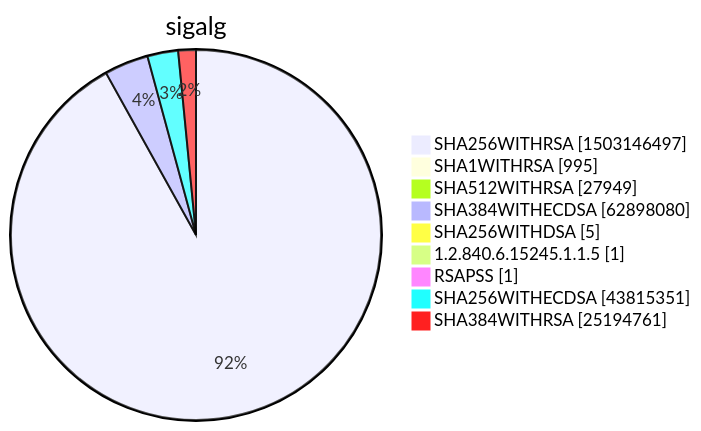
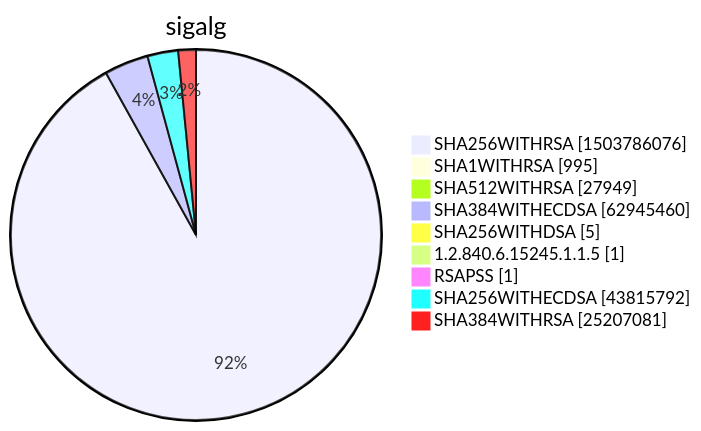
One commit to christiankrug/ctmonitor_visualization changed diagram 15 of 15 in xenon2022/README.md. Above: the diagram before and after it, drawn with Mermaid. The commit also changed other lines of this file, not shown here.

````diff
--- a/xenon2022/README.md
+++ b/xenon2022/README.md
@@ -5864,13 +5864,13 @@
 ```mermaid
 pie showData
 title sigalg
-"SHA256WITHRSA" :1503146497
+"SHA256WITHRSA" :1503786076
 "SHA1WITHRSA" :995
 "SHA512WITHRSA" :27949
-"SHA384WITHECDSA" :62898080
+"SHA384WITHECDSA" :62945460
 "SHA256WITHDSA" :5
 "1.2.840.6.15245.1.1.5" :1
 "RSAPSS" :1
-"SHA256WITHECDSA" :43815351
-"SHA384WITHRSA" :25194761
+"SHA256WITHECDSA" :43815792
+"SHA384WITHRSA" :25207081
 ```
````
